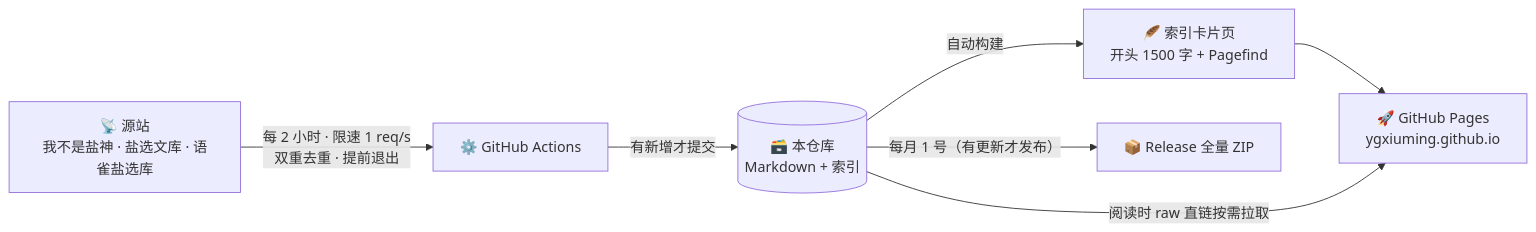
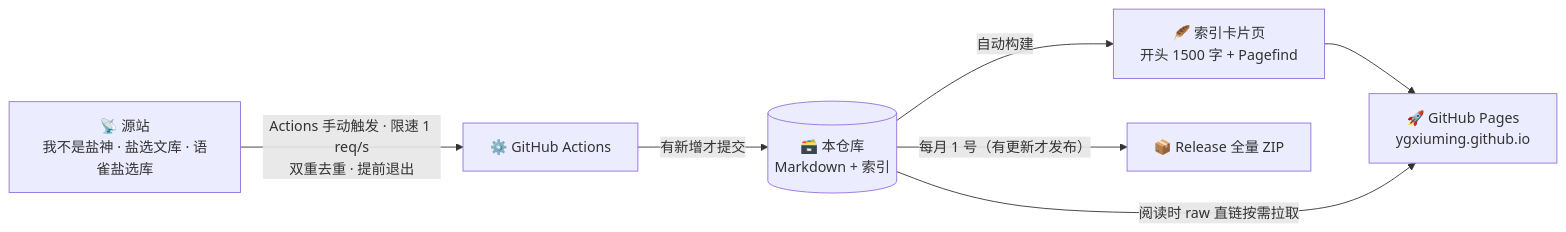
One commit to ygxiuming/Zhihu-Salt-Selected-Articles-Collection changed the diagram in README.md. Above: the diagram before and after it, drawn with Mermaid. The commit also changed other lines of this file and 2 other files, not shown here.

Commit message:
ci(sync): 关闭每 2 小时定时同步，改为 Actions 手动触发
- 删除 schedule 触发器，保留 workflow_dispatch（可选来源与每源上限）
- 删除配套的 60 天保活步骤（无定时任务后无意义）
- 同步完成后自动触发站点部署的链路保持不变
- 站点与 README 中「每 2 小时」文案同步更新

````diff
--- a/README.md
+++ b/README.md
@@ -75,9 +75,9 @@
 ```mermaid
 flowchart LR
-    A["📡 源站<br/>我不是盐神 · 盐选文库 · 语雀盐选库"] -->|"每 2 小时 · 限速 1 req/s<br/>双重去重 · 提前退出"| B["⚙️ GitHub Actions"]
+    A["📡 源站<br/>我不是盐神 · 盐选文库 · 语雀盐选库"] -->|"Actions 手动触发 · 限速 1 req/s<br/>双重去重 · 提前退出"| B["⚙️ GitHub Actions"]
     B -->|"有新增才提交"| C[("🗃️ 本仓库<br/>Markdown + 索引")]
     C -->|"自动构建"| D["🪶 索引卡片页<br/>开头 1500 字 + Pagefind"]
     D --> E["🚀 GitHub Pages<br/>ygxiuming.github.io"]
     C -->|"阅读时 raw 直链按需拉取"| E
     C -->|"每月 1 号（有更新才发布）"| F["📦 Release 全量 ZIP"]
 ```
````
